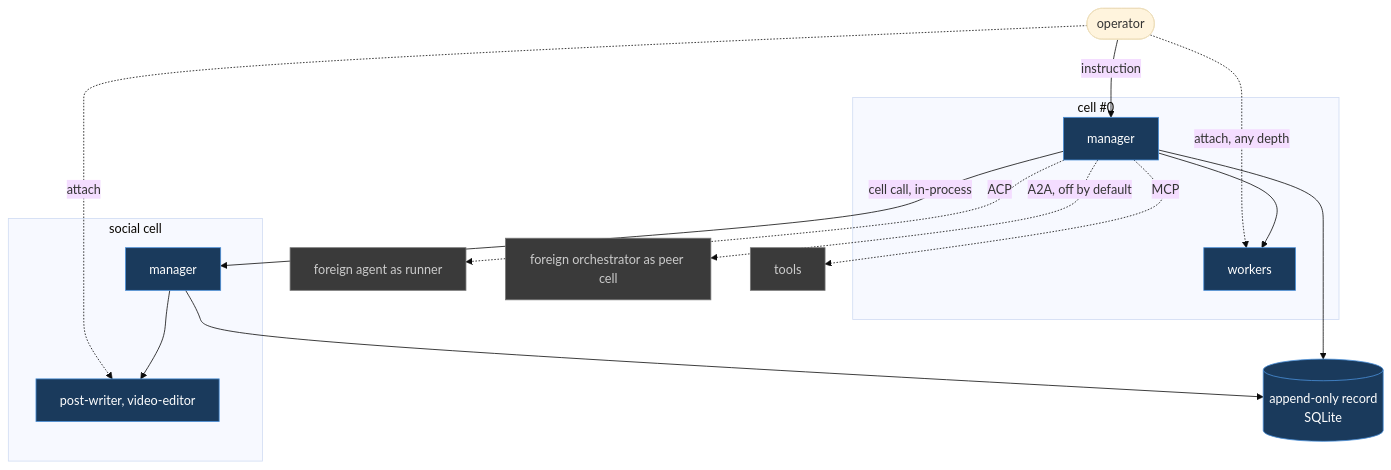
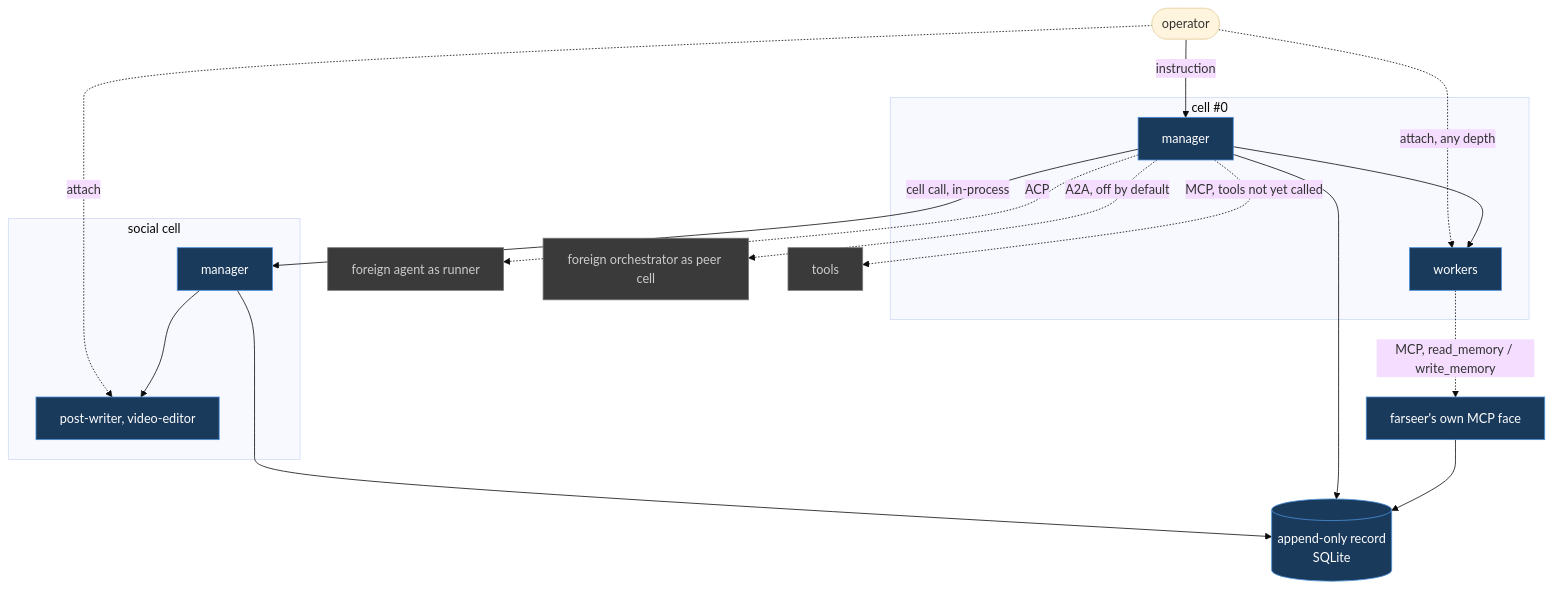
Before and after one commit to izanorshahril/farseer: the diagram in README.md, drawn with Mermaid (base theme). The commit also changed other lines of this file and 9 other files, not shown here.

First line of the commit message:
Add cursor-agent as a third runner, and 02's MCP face (read_memory/write_memory)

````diff
--- a/README.md
+++ b/README.md
@@ -22,31 +22,33 @@
 ```mermaid
 graph TD
   OP([operator]) -->|instruction| M0
 
   subgraph C0["cell #0"]
     M0[manager]
     W0[workers]
     M0 --> W0
   end
 
   subgraph CS["social cell"]
     MS[manager]
     WS[post-writer, video-editor]
     MS --> WS
   end
 
   M0 -->|cell call, in-process| MS
   M0 -.->|ACP| RUN[foreign agent as runner]
   M0 -.->|A2A, off by default| PEER[foreign orchestrator as peer cell]
-  M0 -.->|MCP| TOOL[tools]
+  M0 -.->|MCP, tools not yet called| TOOL[tools]
+  W0 -.->|MCP, read_memory / write_memory| MCPFACE[farseer's own MCP face]
+  MCPFACE --> REC
 
   M0 --> REC[(append-only record<br/>SQLite)]
   MS --> REC
   OP -.->|attach, any depth| W0
   OP -.->|attach| WS
 
   classDef core fill:#1a3a5c,stroke:#4a90d9,color:#fff
   classDef ext fill:#3a3a3a,stroke:#777,color:#ccc
-  class M0,MS,W0,WS,REC core
+  class M0,MS,W0,WS,REC,MCPFACE core
   class RUN,PEER,TOOL ext
 ```
````
